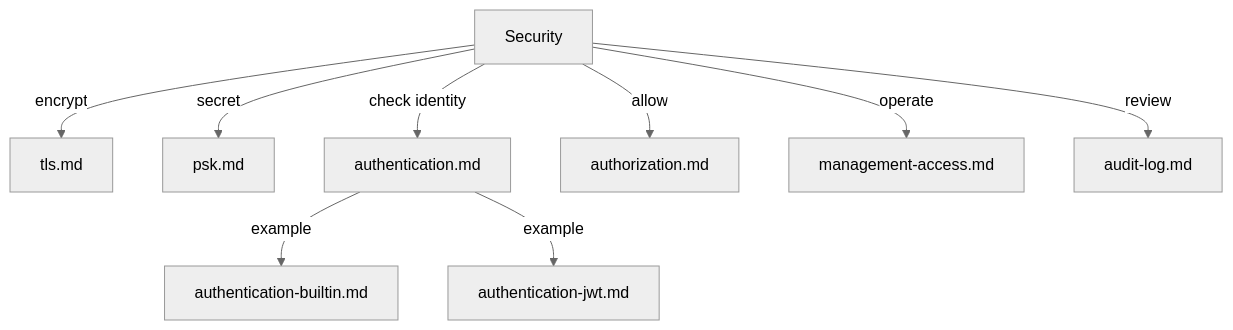
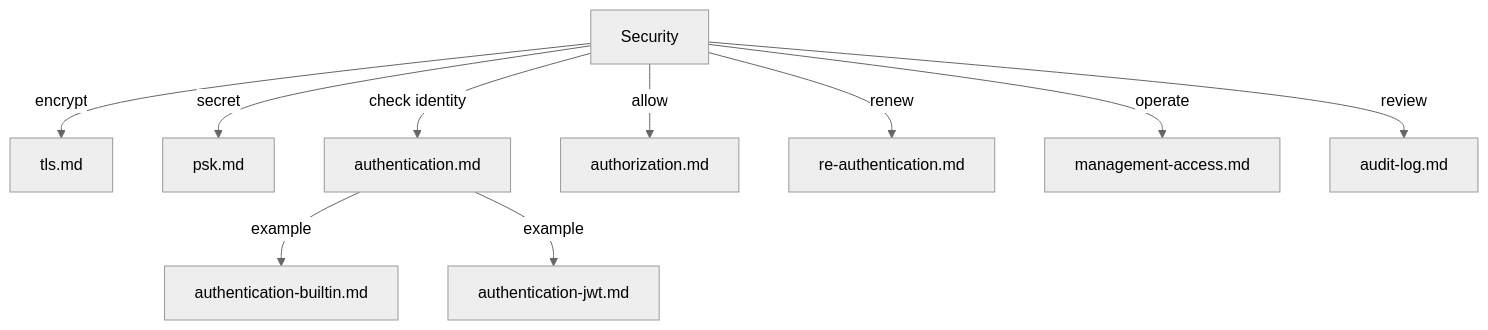
Before and after one commit to Indus-Stack/indramqtt: the diagram in docs/security/index.md, drawn with Mermaid (neutral theme). The commit also changed other lines of this file and 13 other files, not shown here.

````diff
--- a/docs/security/index.md
+++ b/docs/security/index.md
@@ -12,11 +12,12 @@
 ```mermaid
 flowchart TD
     Sec["Security"] -- "encrypt" --> TLS["tls.md"]
     Sec -- "secret" --> PSK["psk.md"]
     Sec -- "check identity" --> Auth["authentication.md"]
     Auth -- "example" --> Builtin["authentication-builtin.md"]
     Auth -- "example" --> Jwt["authentication-jwt.md"]
     Sec -- "allow" --> Authz["authorization.md"]
+    Sec -- "renew" --> Reauth["re-authentication.md"]
     Sec -- "operate" --> Mgmt["management-access.md"]
     Sec -- "review" --> Audit["audit-log.md"]
 ```
````
